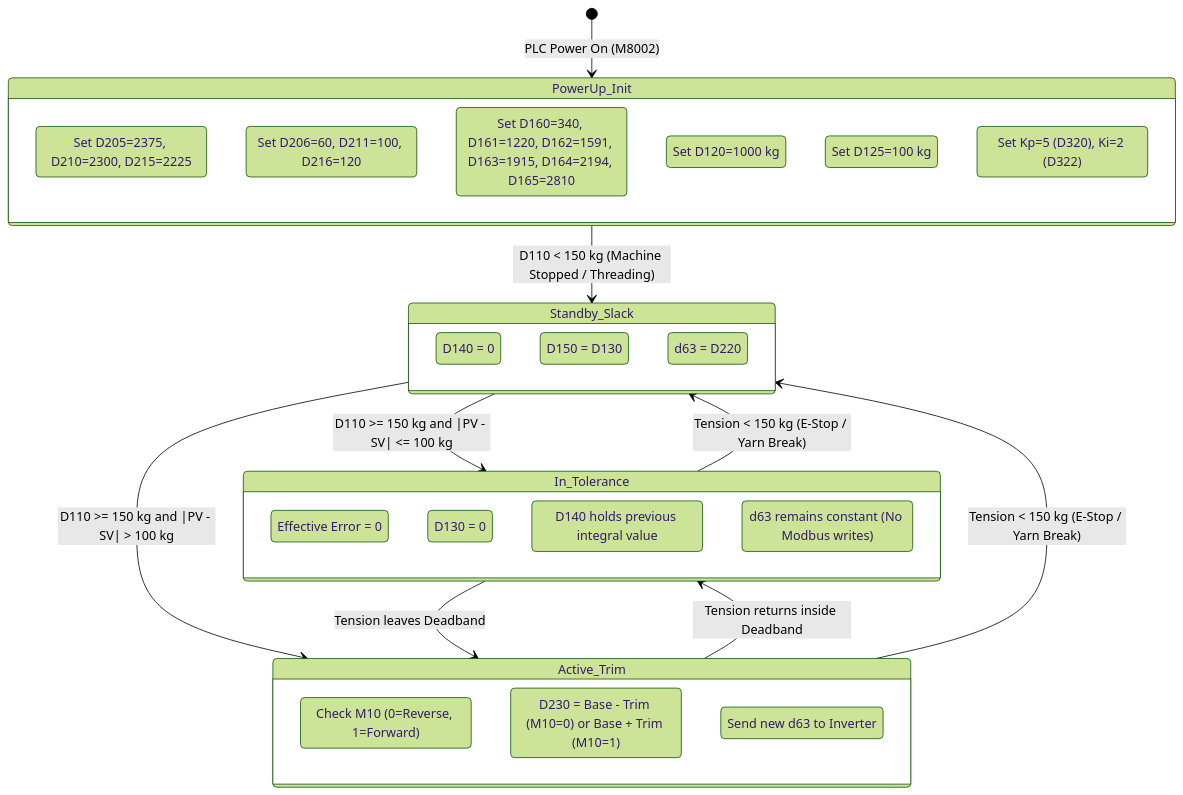
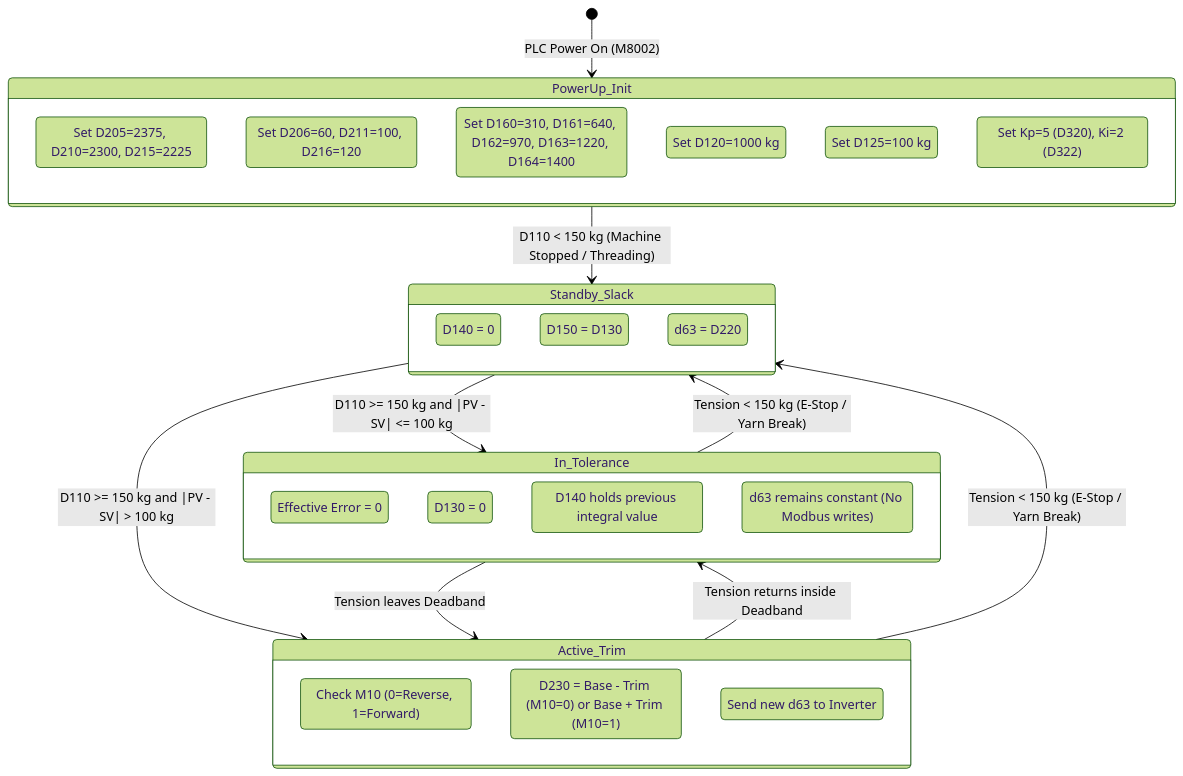
The third of 3 diagrams in docs/WORKING_FLOW_DIAGRAM.md (hendrikelektrik/drier-sizing-tension-plc), drawn with Mermaid (forest theme) before and after one commit. The commit also changed other lines of this file and 7 other files, not shown here.

````diff
--- a/docs/WORKING_FLOW_DIAGRAM.md
+++ b/docs/WORKING_FLOW_DIAGRAM.md
@@ -182,42 +184,42 @@
 ```mermaid
 stateDiagram-v2
     [*] --> PowerUp_Init: PLC Power On (M8002)
     
     state PowerUp_Init {
         Load_Base_Registers: Set D205=2375, D210=2300, D215=2225
         Load_Trim_Limits: Set D206=60, D211=100, D216=120
-        Load_Cal_Points: Set D160=340, D161=1220, D162=1591, D163=1915, D164=2194, D165=2810
+        Load_Cal_Points: Set D160=310, D161=640, D162=970, D163=1220, D164=1400
         Load_Default_SV: Set D120=1000 kg
         Load_Default_DB: Set D125=100 kg
         Load_Default_Gains: Set Kp=5 (D320), Ki=2 (D322)
     }
 
     PowerUp_Init --> Standby_Slack: D110 < 150 kg (Machine Stopped / Threading)
     
     state Standby_Slack {
         Clear_Integrator: D140 = 0
         P_Active_Only: D150 = D130
         Base_Held: d63 = D220
     }
 
     Standby_Slack --> In_Tolerance: D110 >= 150 kg and |PV - SV| <= 100 kg
     Standby_Slack --> Active_Trim: D110 >= 150 kg and |PV - SV| > 100 kg
 
     state In_Tolerance {
         D124_Is_Zero: Effective Error = 0
         P_Is_Zero: D130 = 0
         I_Holds_Steady: D140 holds previous integral value
         Stable_Speed: d63 remains constant (No Modbus writes)
     }
 
     state Active_Trim {
         Direction_Branch: Check M10 (0=Reverse, 1=Forward)
         Apply_Trim: D230 = Base - Trim (M10=0) or Base + Trim (M10=1)
         Modbus_Push: Send new d63 to Inverter
     }
 
     In_Tolerance --> Active_Trim: Tension leaves Deadband
     Active_Trim --> In_Tolerance: Tension returns inside Deadband
     In_Tolerance --> Standby_Slack: Tension < 150 kg (E-Stop / Yarn Break)
     Active_Trim --> Standby_Slack: Tension < 150 kg (E-Stop / Yarn Break)
 ```
````
